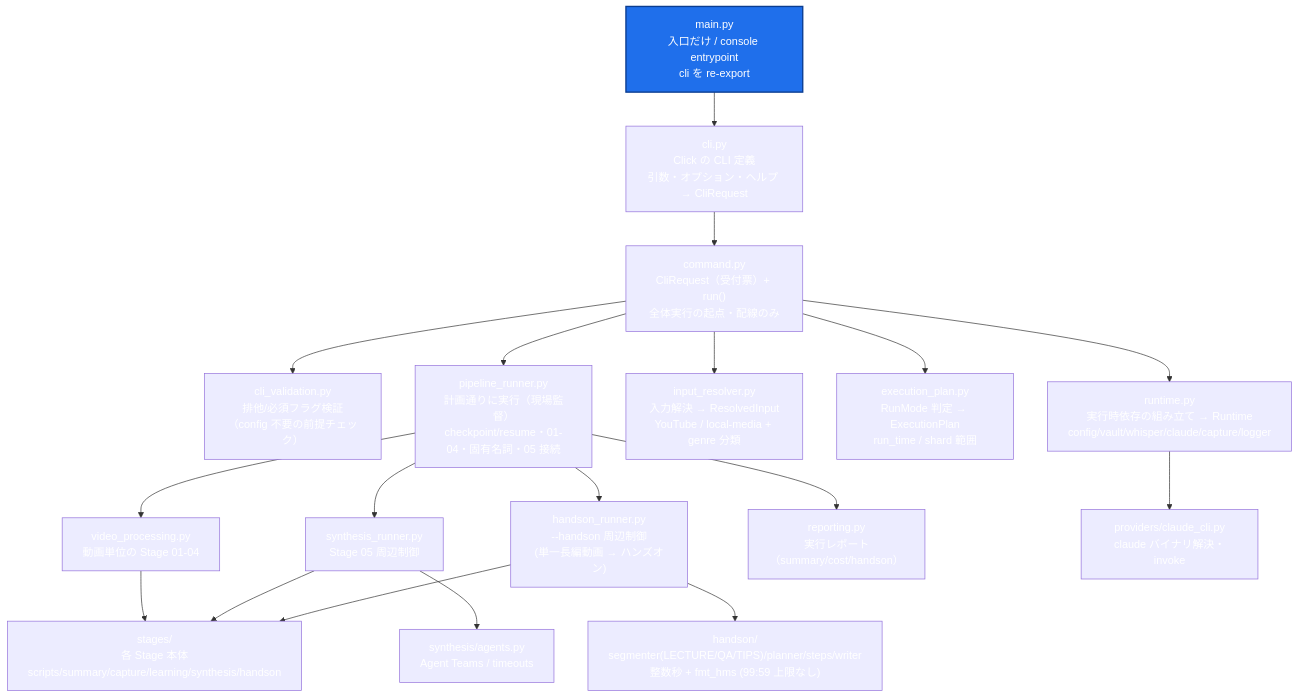
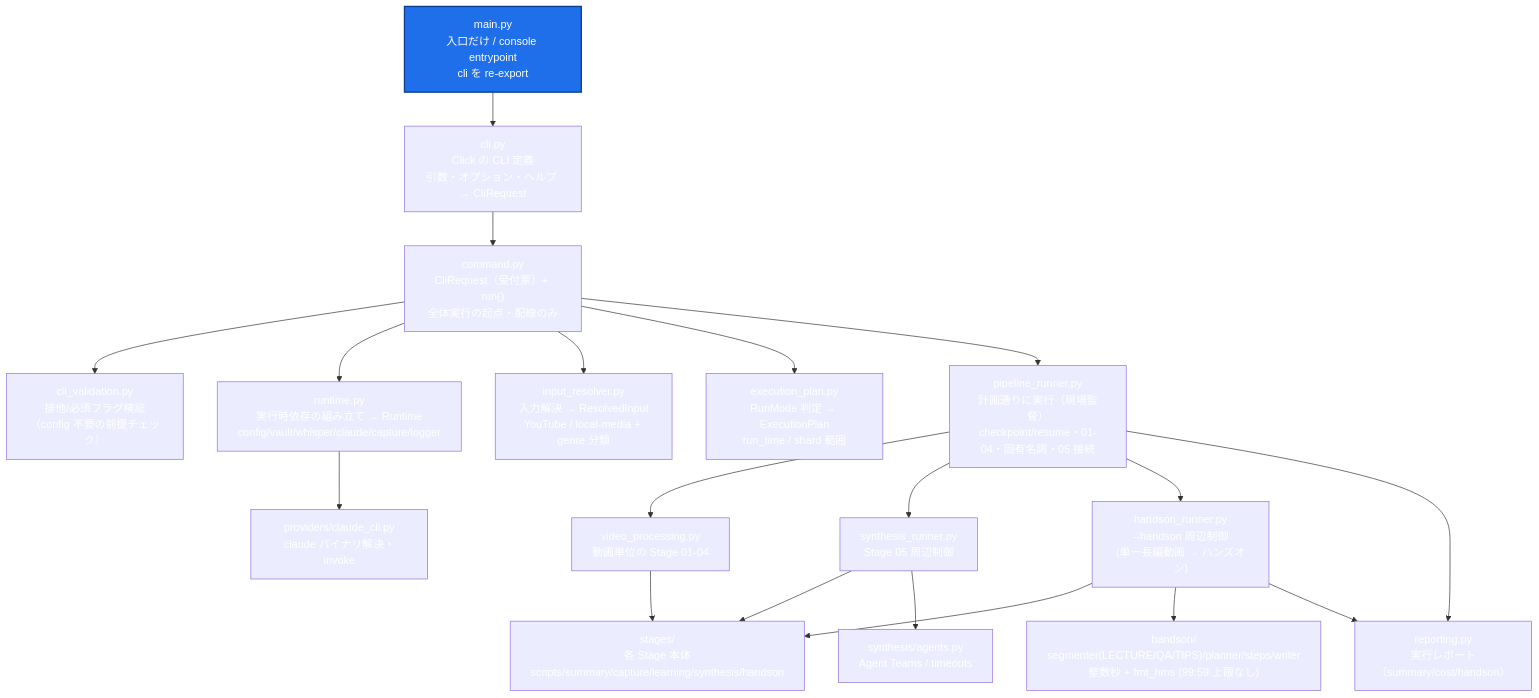
The diagram in docs/main-architecture.md (theosera/pipeline-youtube), drawn with Mermaid before and after one commit. The commit also changed other lines of this file and 3 other files, not shown here.

First line of the commit message:
fix(handson): address review findings on segmenter, config errors and architecture doc

````diff
--- a/docs/main-architecture.md
+++ b/docs/main-architecture.md
@@ -28,33 +28,33 @@
 ```mermaid
 flowchart TD
     MAIN["main.py<br/>入口だけ / console entrypoint<br/>cli を re-export"]
     CLI["cli.py<br/>Click の CLI 定義<br/>引数・オプション・ヘルプ → CliRequest"]
     CMD["command.py<br/>CliRequest（受付票）+ run()<br/>全体実行の起点・配線のみ"]
 
     VALID["cli_validation.py<br/>排他/必須フラグ検証<br/>（config 不要の前提チェック）"]
     RUNTIME["runtime.py<br/>実行時依存の組み立て → Runtime<br/>config/vault/whisper/claude/capture/logger"]
     INPUT["input_resolver.py<br/>入力解決 → ResolvedInput<br/>YouTube / local-media + genre 分類"]
     PLAN["execution_plan.py<br/>RunMode 判定 → ExecutionPlan<br/>run_time / shard 範囲"]
     RUNNER["pipeline_runner.py<br/>計画通りに実行（現場監督）<br/>checkpoint/resume・01-04・固有名詞・05 接続"]
 
     VIDEO["video_processing.py<br/>動画単位の Stage 01-04"]
     SYNTH_RUN["synthesis_runner.py<br/>Stage 05 周辺制御"]
     HANDSON_RUN["handson_runner.py<br/>--handson 周辺制御<br/>(単一長編動画 → ハンズオン)"]
     REPORT["reporting.py<br/>実行レポート（summary/cost/handson）"]
 
     STAGES["stages/<br/>各 Stage 本体<br/>scripts/summary/capture/learning/synthesis/handson"]
     SYNAGENTS["synthesis/agents.py<br/>Agent Teams / timeouts"]
     HANDSONPKG["handson/<br/>segmenter(LECTURE/QA/TIPS)/planner/steps/writer<br/>整数秒 + fmt_hms (99:59 上限なし)"]
     PROVIDERS["providers/claude_cli.py<br/>claude バイナリ解決・invoke"]
 
     MAIN --> CLI --> CMD
     CMD --> VALID & RUNTIME & INPUT & PLAN & RUNNER
     RUNNER --> VIDEO & SYNTH_RUN & HANDSON_RUN & REPORT
     VIDEO --> STAGES
     SYNTH_RUN --> STAGES & SYNAGENTS
-    HANDSON_RUN --> STAGES & HANDSONPKG
+    HANDSON_RUN --> STAGES & HANDSONPKG & REPORT
     RUNTIME --> PROVIDERS
 
     classDef root fill:#1f6feb,color:#fff,stroke:#0b3d91,stroke-width:2px;
     class MAIN root;
 ```
````
